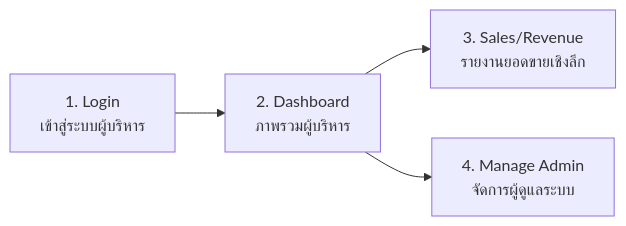
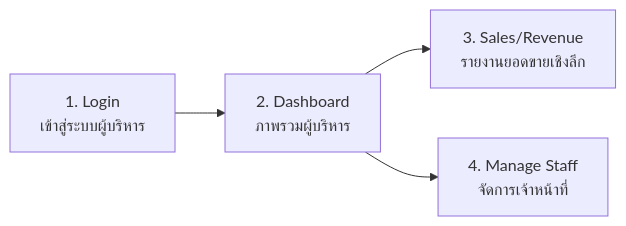
The third of 3 diagrams in README.md (dewdrew02/Xfly-project), drawn with Mermaid before and after one commit. The commit also changed other lines of this file and 23 other files, not shown here.

````diff
--- a/README.md
+++ b/README.md
@@ -47,6 +42,6 @@
 ```mermaid
 flowchart LR
     A[1. Login<br/>เข้าสู่ระบบผู้บริหาร] --> B[2. Dashboard<br/>ภาพรวมผู้บริหาร]
     B --> C[3. Sales/Revenue<br/>รายงานยอดขายเชิงลึก]
-    B --> D[4. Manage Admin<br/>จัดการผู้ดูแลระบบ]
+    B --> D[4. Manage Staff<br/>จัดการเจ้าหน้าที่]
 ```
````
